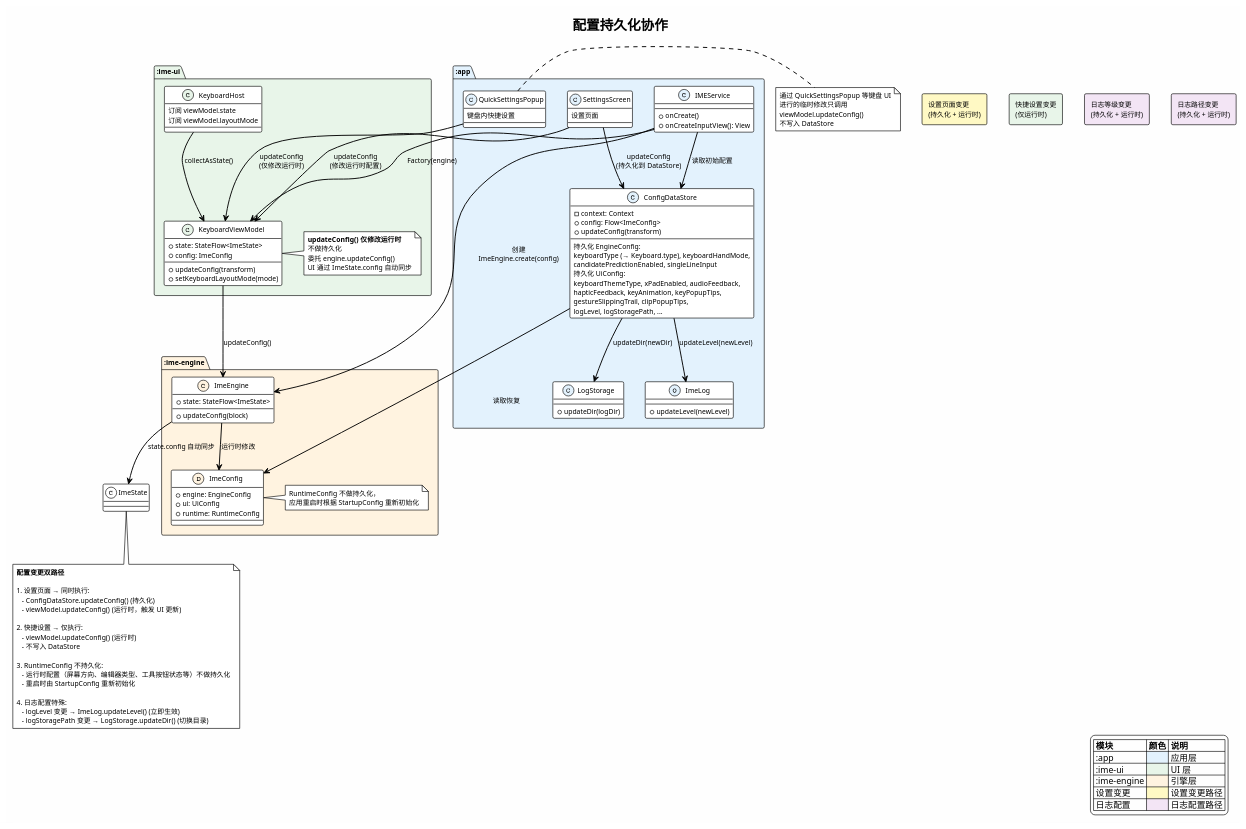
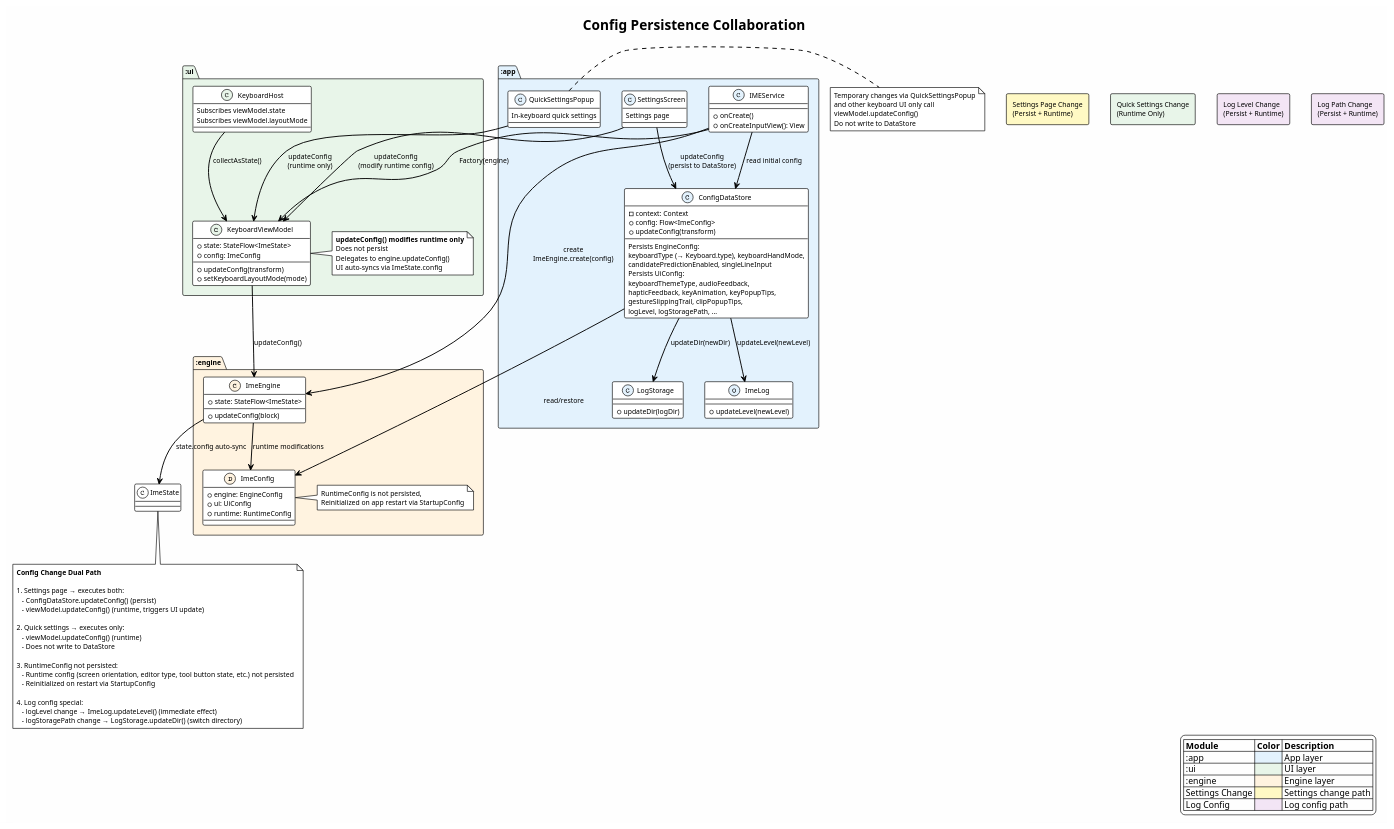
Before and after one commit to crazydan-studio/kuaizi-ime-android: the diagram in docs/ai-agent/v4/design/diagrams/app-config-persistence.puml, drawn with PlantUML. The commit also changed 51 other files, not shown here.

```diff
--- a/docs/ai-agent/v4/design/diagrams/app-config-persistence.puml
+++ b/docs/ai-agent/v4/design/diagrams/app-config-persistence.puml
@@ -1,150 +1,150 @@
 @startuml app-config-persistence
 allowmixing
 !theme plain
 skinparam backgroundColor #FEFEFE
 skinparam defaultFontSize 11
 skinparam arrowThickness 1.5
 
-title 配置持久化协作
+title Config Persistence Collaboration
 
 legend right
-  |= 模块 |= 颜色 |= 说明 |
-  | :app | <#E3F2FD> | 应用层 |
-  | :ime-ui | <#E8F5E9> | UI 层 |
-  | :ime-engine | <#FFF3E0> | 引擎层 |
-  | 设置变更 | <#FFF9C4> | 设置变更路径 |
-  | 日志配置 | <#F3E5F5> | 日志配置路径 |
+  |= Module |= Color |= Description |
+  | :app | <#E3F2FD> | App layer |
+  | :ui | <#E8F5E9> | UI layer |
+  | :engine | <#FFF3E0> | Engine layer |
+  | Settings Change | <#FFF9C4> | Settings change path |
+  | Log Config | <#F3E5F5> | Log config path |
 endlegend
 
-' ===== :ime-engine =====
-package ":ime-engine" #FFF3E0 {
+' ===== :engine =====
+package ":engine" #FFF3E0 {
   class ImeConfig <<(D,#FFF3E0)>> {
     + engine: EngineConfig
     + ui: UiConfig
     + runtime: RuntimeConfig
   }
   class ImeEngine <<(C,#FFF3E0)>> {
     + updateConfig(block)
     + state: StateFlow<ImeState>
   }
   note right of ImeConfig
-    RuntimeConfig 不做持久化，
-    应用重启时根据 StartupConfig 重新初始化
+    RuntimeConfig is not persisted,
+    Reinitialized on app restart via StartupConfig
   end note
 }
 
-' ===== :ime-ui =====
-package ":ime-ui" #E8F5E9 {
+' ===== :ui =====
+package ":ui" #E8F5E9 {
   class KeyboardViewModel <<(C,#E8F5E9)>> {
     + state: StateFlow<ImeState>
     + config: ImeConfig
     + updateConfig(transform)
     + setKeyboardLayoutMode(mode)
   }
   class KeyboardHost <<(C,#E8F5E9)>> {
-    订阅 viewModel.state
-    订阅 viewModel.layoutMode
+    Subscribes viewModel.state
+    Subscribes viewModel.layoutMode
   }
   note right of KeyboardViewModel
-    **updateConfig() 仅修改运行时**
-    不做持久化
-    委托 engine.updateConfig()
-    UI 通过 ImeState.config 自动同步
+    **updateConfig() modifies runtime only**
+    Does not persist
+    Delegates to engine.updateConfig()
+    UI auto-syncs via ImeState.config
   end note
 }
 
 ' ===== :app =====
 package ":app" #E3F2FD {
   class ConfigDataStore <<(C,#E3F2FD)>> {
     - context: Context
     + config: Flow<ImeConfig>
     + updateConfig(transform)
     --
-    持久化 EngineConfig:
+    Persists EngineConfig:
       keyboardType (→ Keyboard.type), keyboardHandMode,
       candidatePredictionEnabled, singleLineInput
-    持久化 UiConfig:
-      keyboardThemeType, xPadEnabled, audioFeedback,
+    Persists UiConfig:
+      keyboardThemeType, audioFeedback,
       hapticFeedback, keyAnimation, keyPopupTips,
       gestureSlippingTrail, clipPopupTips,
       logLevel, logStoragePath, ...
   }
   class IMEService <<(C,#E3F2FD)>> {
     + onCreate()
     + onCreateInputView(): View
   }
   class SettingsScreen <<(C,#E3F2FD)>> {
-    设置页面
+    Settings page
   }
   class QuickSettingsPopup <<(C,#E3F2FD)>> {
-    键盘内快捷设置
+    In-keyboard quick settings
   }
   class ImeLog <<(O,#E3F2FD)>> {
     + updateLevel(newLevel)
   }
   class LogStorage <<(C,#E3F2FD)>> {
     + updateDir(logDir)
   }
 }
 
-' ===== 配置变更双路径 =====
+' ===== Config Change Dual Path =====
 
-rectangle "设置页面变更\n(持久化 + 运行时)" #FFF9C4 {
-  SettingsScreen --> ConfigDataStore : updateConfig\n(持久化到 DataStore)
-  SettingsScreen --> KeyboardViewModel : updateConfig\n(修改运行时配置)
+rectangle "Settings Page Change\n(Persist + Runtime)" #FFF9C4 {
+  SettingsScreen --> ConfigDataStore : updateConfig\n(persist to DataStore)
+  SettingsScreen --> KeyboardViewModel : updateConfig\n(modify runtime config)
 }
 
-rectangle "快捷设置变更\n(仅运行时)" #E8F5E9 {
-  QuickSettingsPopup --> KeyboardViewModel : updateConfig\n(仅修改运行时)
+rectangle "Quick Settings Change\n(Runtime Only)" #E8F5E9 {
+  QuickSettingsPopup --> KeyboardViewModel : updateConfig\n(runtime only)
 }
 
 note right of QuickSettingsPopup
-  通过 QuickSettingsPopup 等键盘 UI
-  进行的临时修改只调用
+  Temporary changes via QuickSettingsPopup
+  and other keyboard UI only call
   viewModel.updateConfig()
-  不写入 DataStore
+  Do not write to DataStore
 end note
 
-' ===== 协作关系 =====
-IMEService --> ImeEngine : 创建\nImeEngine.create(config)
+' ===== Collaboration Relationships =====
+IMEService --> ImeEngine : create\nImeEngine.create(config)
 IMEService --> KeyboardViewModel : Factory(engine)
-IMEService --> ConfigDataStore : 读取初始配置
+IMEService --> ConfigDataStore : read initial config
 
 KeyboardViewModel --> ImeEngine : updateConfig()
-ImeEngine --> ImeConfig : 运行时修改
-ImeEngine --> ImeState : state.config 自动同步
+ImeEngine --> ImeConfig : runtime modifications
+ImeEngine --> ImeState : state.config auto-sync
 
-ConfigDataStore --> ImeConfig : 读取恢复
+ConfigDataStore --> ImeConfig : read/restore
 KeyboardHost --> KeyboardViewModel : collectAsState()
 
-' ===== 日志配置特殊路径 =====
-rectangle "日志等级变更\n(持久化 + 运行时)" #F3E5F5 {
+' ===== Log Config Special Path =====
+rectangle "Log Level Change\n(Persist + Runtime)" #F3E5F5 {
   ConfigDataStore --> ImeLog : updateLevel(newLevel)
 }
 
-rectangle "日志路径变更\n(持久化 + 运行时)" #F3E5F5 {
+rectangle "Log Path Change\n(Persist + Runtime)" #F3E5F5 {
   ConfigDataStore --> LogStorage : updateDir(newDir)
 }
 
-' ===== 流程说明 =====
+' ===== Flow Description =====
 note bottom
-  **配置变更双路径**
+  **Config Change Dual Path**
 
-  1. 设置页面 → 同时执行:
-     - ConfigDataStore.updateConfig() (持久化)
-     - viewModel.updateConfig() (运行时，触发 UI 更新)
+  1. Settings page → executes both:
+     - ConfigDataStore.updateConfig() (persist)
+     - viewModel.updateConfig() (runtime, triggers UI update)
 
-  2. 快捷设置 → 仅执行:
-     - viewModel.updateConfig() (运行时)
-     - 不写入 DataStore
+  2. Quick settings → executes only:
+     - viewModel.updateConfig() (runtime)
+     - Does not write to DataStore
 
-  3. RuntimeConfig 不持久化:
-     - 运行时配置（屏幕方向、编辑器类型、工具按钮状态等）不做持久化
-     - 重启时由 StartupConfig 重新初始化
+  3. RuntimeConfig not persisted:
+     - Runtime config (screen orientation, editor type, tool button state, etc.) not persisted
+     - Reinitialized on restart via StartupConfig
 
-  4. 日志配置特殊:
-     - logLevel 变更 → ImeLog.updateLevel() (立即生效)
-     - logStoragePath 变更 → LogStorage.updateDir() (切换目录)
+  4. Log config special:
+     - logLevel change → ImeLog.updateLevel() (immediate effect)
+     - logStoragePath change → LogStorage.updateDir() (switch directory)
 end note
 
 @enduml
```
